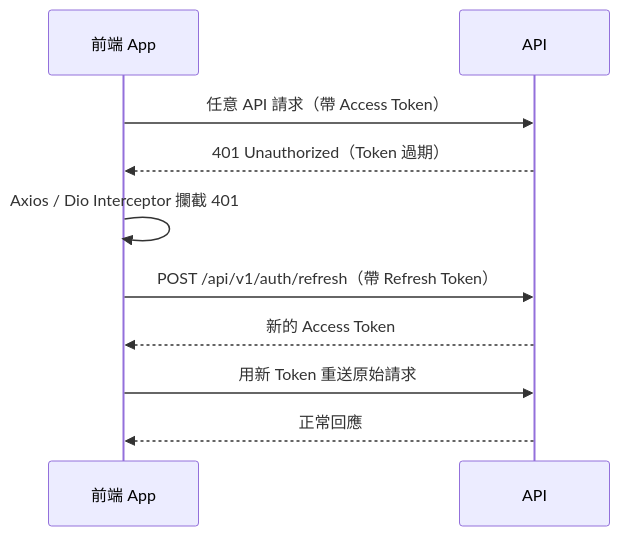
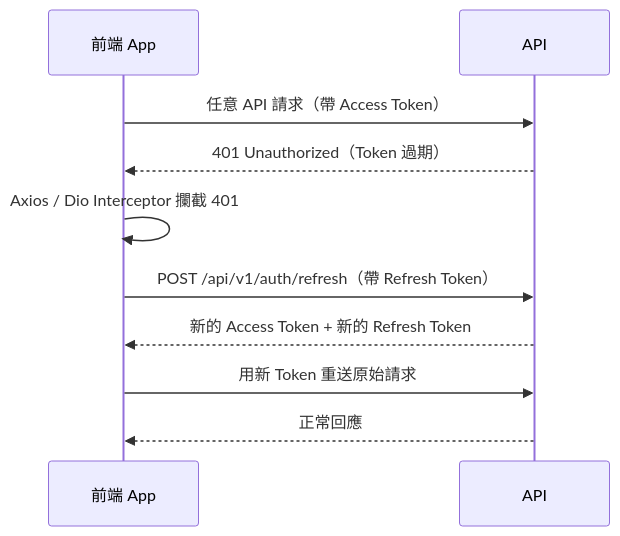
The first of 2 diagrams in docs/06-security.md (Ryan-Lan-c/livebeat), drawn with Mermaid before and after one commit. The commit also changed other lines of this file and 2 other files, not shown here.

````diff
--- a/docs/06-security.md
+++ b/docs/06-security.md
@@ -22,13 +22,13 @@
 ```mermaid
 sequenceDiagram
     participant App as 前端 App
     participant API
 
     App->>API: 任意 API 請求（帶 Access Token）
     API-->>App: 401 Unauthorized（Token 過期）
     App->>App: Axios / Dio Interceptor 攔截 401
     App->>API: POST /api/v1/auth/refresh（帶 Refresh Token）
-    API-->>App: 新的 Access Token
+    API-->>App: 新的 Access Token + 新的 Refresh Token
     App->>API: 用新 Token 重送原始請求
     API-->>App: 正常回應
 ```
````
